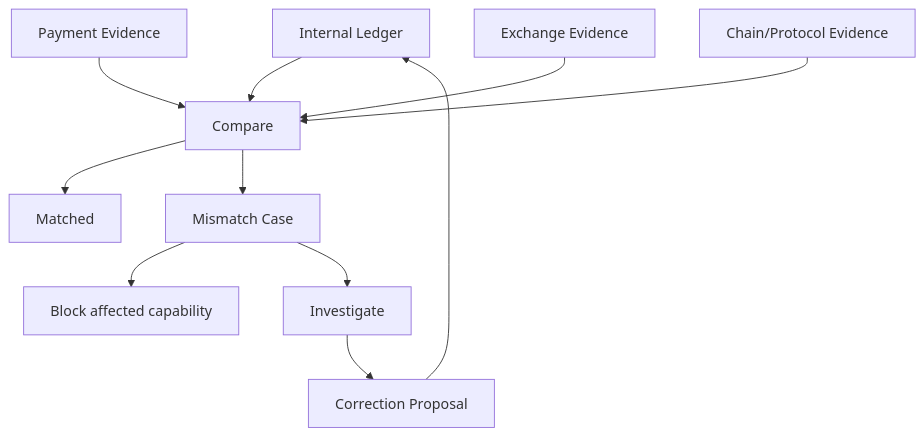
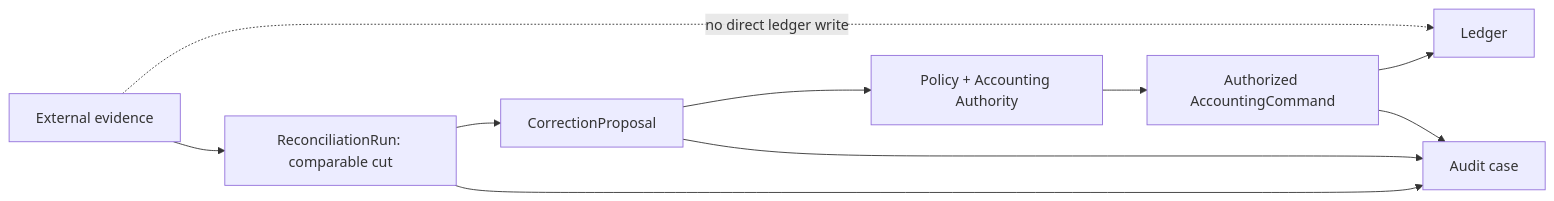
Before and after one commit to stoltembergg-png/crypto-automation-platform: the diagram in docs/architecture/diagrams/RECONCILIATION.mmd, drawn with Mermaid. The commit also changed 32 other files, not shown here.

First line of the commit message:
docs: apply adversarial closure amendments to specs, diagrams, queue, and tests

```diff
--- a/docs/architecture/diagrams/RECONCILIATION.mmd
+++ b/docs/architecture/diagrams/RECONCILIATION.mmd
@@ -1,11 +1,10 @@
-flowchart TB
-  L[Internal Ledger]-->C[Compare]
-  MP[Payment Evidence]-->C
-  EX[Exchange Evidence]-->C
-  CH[Chain/Protocol Evidence]-->C
-  C-->MATCH[Matched]
-  C-->MIS[Mismatch Case]
-  MIS-->BLOCK[Block affected capability]
-  MIS-->INV[Investigate]
-  INV-->CP[Correction Proposal]
-  CP-->L
+flowchart LR
+  EV[External evidence]-->RUN[ReconciliationRun: comparable cut]
+  RUN-->CP[CorrectionProposal]
+  CP-->POL[Policy + Accounting Authority]
+  POL-->CMD[Authorized AccountingCommand]
+  CMD-->LED[Ledger]
+  RUN-->AUD[Audit case]
+  CP-->AUD
+  CMD-->AUD
+  EV-. no direct ledger write .->LED
```
